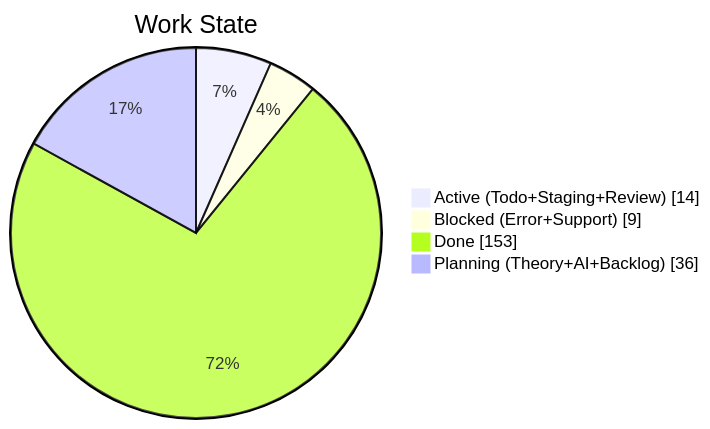
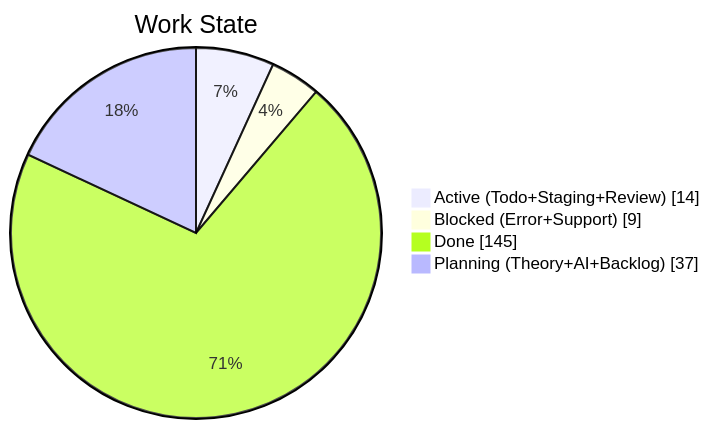
One commit to KBVE/kbve changed the second of 4 diagrams in apps/kbve/astro-kbve/src/content/docs/dashboard/kanban-data.mdx. Above: the diagram before and after it, drawn with Mermaid. The commit also changed other lines of this file and 6 other files, not shown here.

````diff
--- a/apps/kbve/astro-kbve/src/content/docs/dashboard/kanban-data.mdx
+++ b/apps/kbve/astro-kbve/src/content/docs/dashboard/kanban-data.mdx
@@ -68,8 +68,8 @@
 ```mermaid
 pie showData
     title Work State
     "Active (Todo+Staging+Review)" : 14
     "Blocked (Error+Support)" : 9
-    "Done" : 153
-    "Planning (Theory+AI+Backlog)" : 36
+    "Done" : 145
+    "Planning (Theory+AI+Backlog)" : 37
 ```
````
